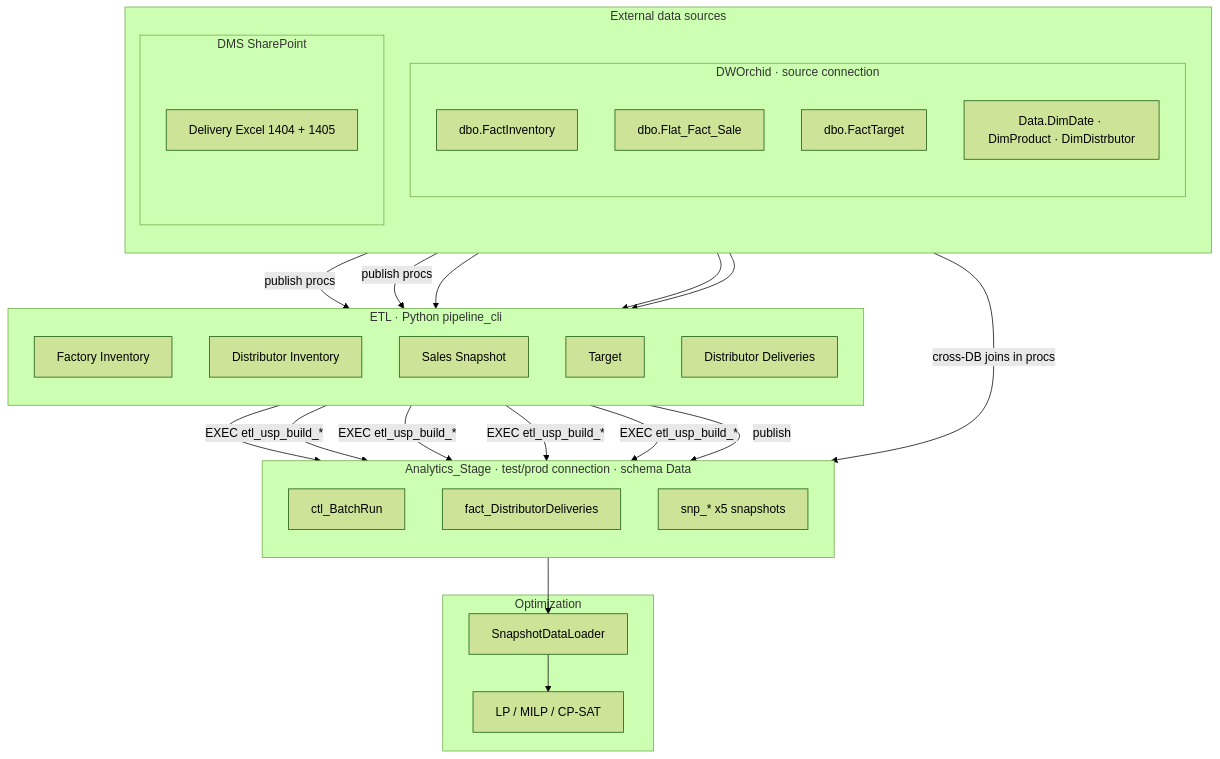
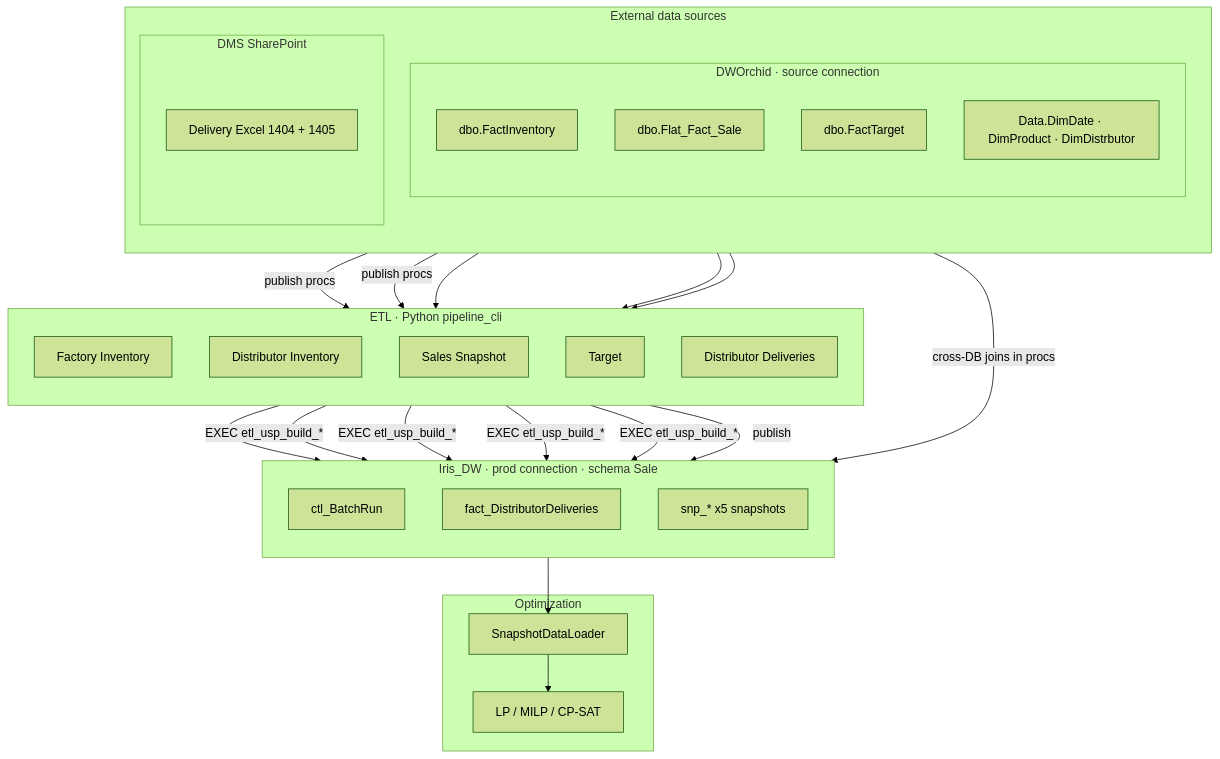
The diagram in SystemDesign.mmd (ki94mach/DistCore), drawn with Mermaid (forest theme) before and after one commit. The commit also changed 66 other files, not shown here.

First line of the commit message:
Update database type references from 'test' to 'prod' across scripts and SQL migrations

```diff
--- a/SystemDesign.mmd
+++ b/SystemDesign.mmd
@@ -1,51 +1,51 @@
 graph TB
 
   subgraph Sources["External data sources"]
     direction TB
 
     subgraph DWOrchid["DWOrchid · source connection"]
       direction TB
       FactInv["dbo.FactInventory"]
       FlatSale["dbo.Flat_Fact_Sale"]
       FactTarget["dbo.FactTarget"]
       dims["Data.DimDate · DimProduct · DimDistrbutor"]
     end
 
     subgraph DMS["DMS SharePoint"]
       DelFiles["Delivery Excel 1404 + 1405"]
     end
   end
 
   subgraph Orchestrator["ETL · Python pipeline_cli"]
     direction TB
     P1["Factory Inventory"]
     P2["Distributor Inventory"]
     P3["Sales Snapshot"]
     P4["Target"]
     P5["Distributor Deliveries"]
   end
 
-  subgraph ProdDB["Analytics_Stage · test/prod connection · schema Data"]
+  subgraph ProdDB["Iris_DW · prod connection · schema Sale"]
     direction TB
     ctl[ctl_BatchRun]
     factDel[fact_DistributorDeliveries]
     snp[snp_* x5 snapshots]
   end
 
   subgraph Optimization["Optimization"]
     Loader[SnapshotDataLoader]
     Solvers[LP / MILP / CP-SAT]
     Loader --> Solvers
   end
 
   FactInv -->|"publish procs"| P1 & P2
   FlatSale --> P3
   FactTarget --> P4
   DelFiles --> P5
   P5 --> factDel
 
   P1 & P2 & P3 & P4 -->|"EXEC etl_usp_build_*"| snp
   P5 -->|"publish"| snp
   dims -->|"cross-DB joins in procs"| snp
 
   snp --> Loader
```
